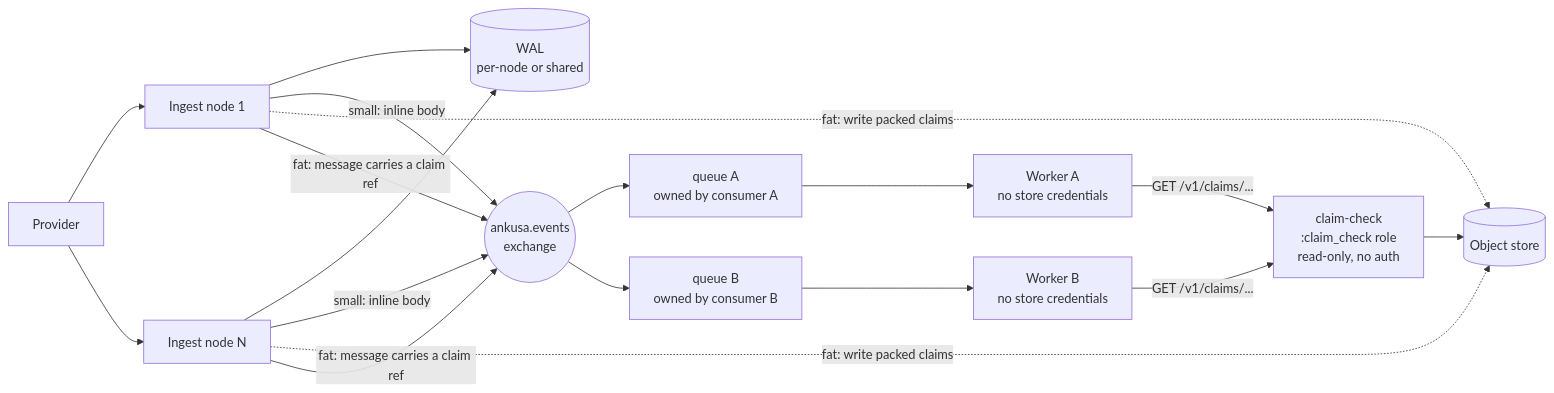
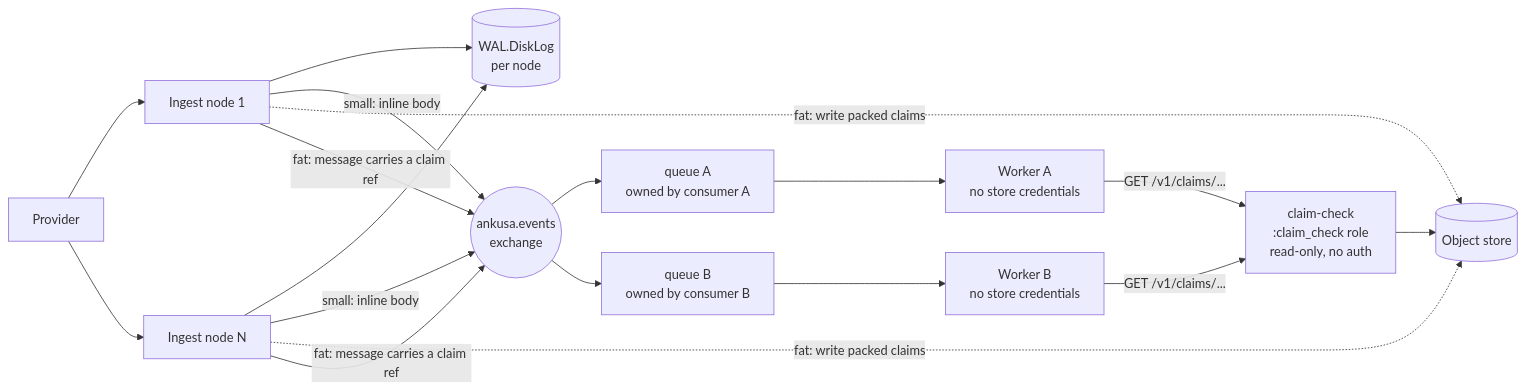
Before and after one commit to jamescarr/ankusa: the third of 3 diagrams in docs/architecture.md, drawn with Mermaid. The commit also changed other lines of this file and 98 other files, not shown here.

````diff
--- a/docs/architecture.md
+++ b/docs/architecture.md
@@ -233,15 +200,15 @@
 ```mermaid
 flowchart LR
     P[Provider] --> E1[Ingest node 1]
     P --> E2[Ingest node N]
-    E1 & E2 --> WAL[("WAL\nper-node or shared")]
+    E1 & E2 --> WAL[("WAL.DiskLog\nper node")]
     E1 & E2 -->|small: inline body| X(("ankusa.events\nexchange"))
     E1 & E2 -.fat: write packed claims.-> Obj[("Object store")]
     E1 & E2 -->|"fat: message carries a claim ref"| X
     X --> QA[queue A\nowned by consumer A]
     X --> QB[queue B\nowned by consumer B]
     QA --> CA[Worker A\nno store credentials]
     QB --> CB[Worker B\nno store credentials]
     CA & CB -->|GET /v1/claims/...| CC["claim-check\n:claim_check role\nread-only, no auth"]
     CC --> Obj
 ```
````
